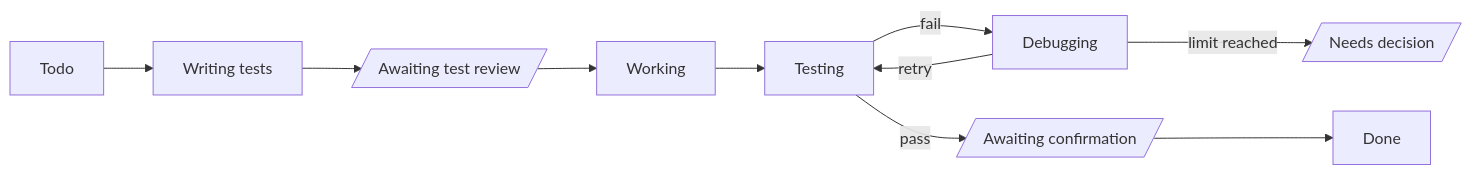
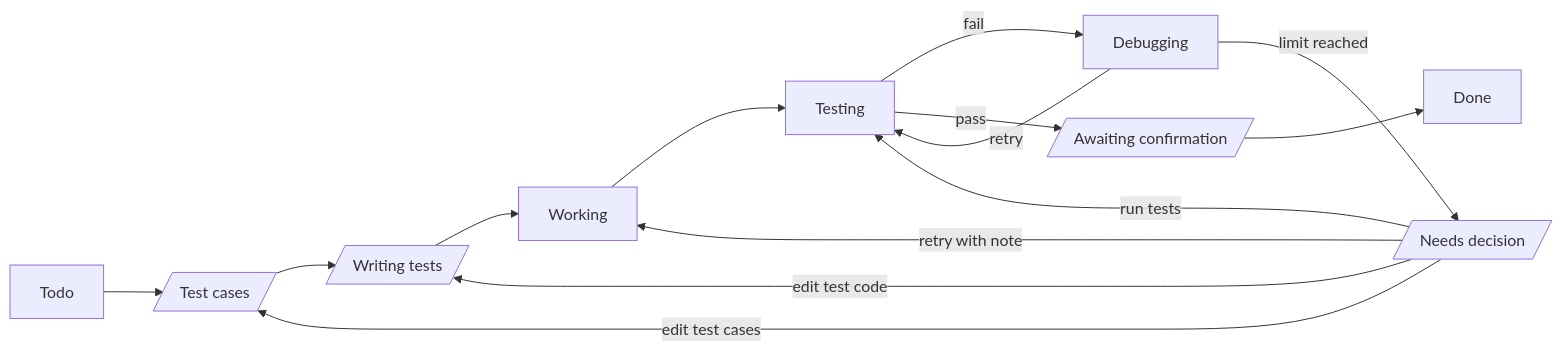
Before and after one commit to josh79622/tickie: the first of 3 diagrams in docs/brief.md, drawn with Mermaid. The commit also changed other lines of this file, not shown here.

First line of the commit message:
Define status flows for Design, Build, Debug and QA cards

````diff
--- a/docs/brief.md
+++ b/docs/brief.md
@@ -55,8 +64,12 @@
 ```mermaid
 flowchart LR
-    todo[Todo] --> write[Writing tests] --> review[/Awaiting test review/] --> working[Working] --> testing[Testing]
+    todo[Todo] --> tc[/Test cases/] --> wt[/Writing tests/] --> working[Working] --> testing[Testing]
     testing -- fail --> debugging[Debugging]
     debugging -- retry --> testing
     debugging -- limit reached --> decision[/Needs decision/]
+    decision -- edit test cases --> tc
+    decision -- edit test code --> wt
+    decision -- retry with note --> working
+    decision -- run tests --> testing
     testing -- pass --> confirm[/Awaiting confirmation/] --> done[Done]
 ```
````
